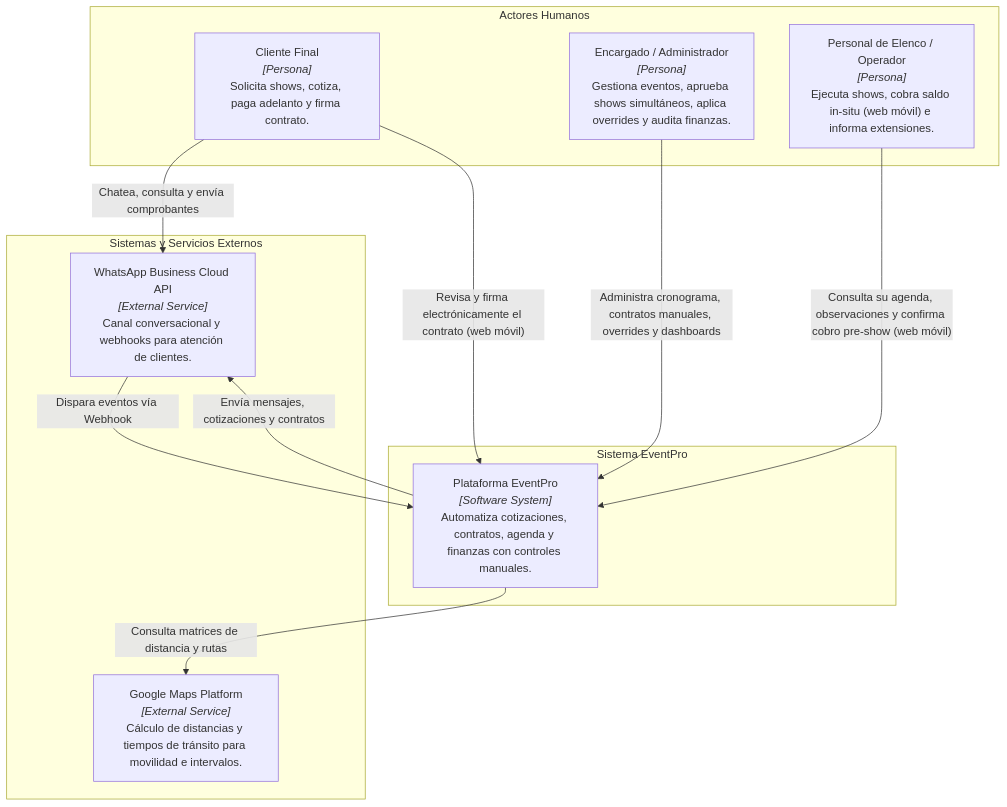
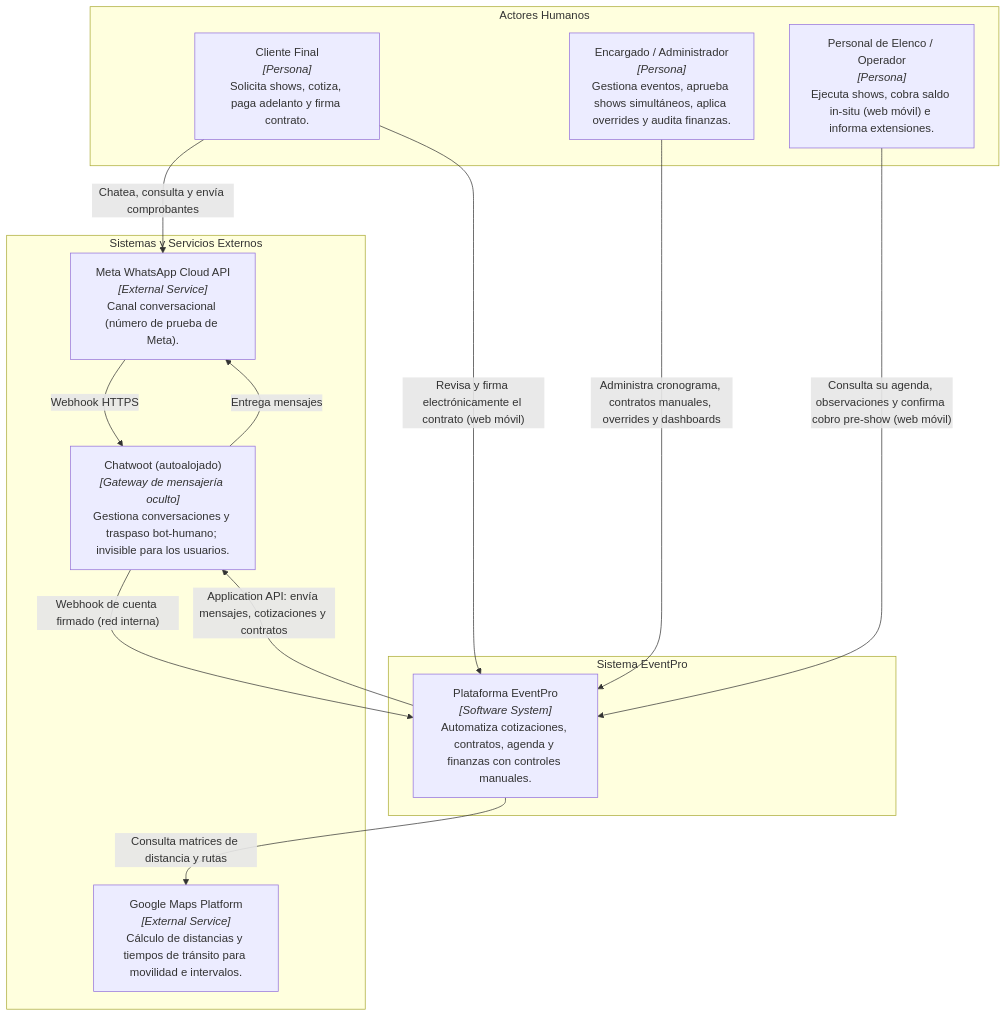
The first of 3 diagrams in Docs/02-arquitectura/01-diseno-arquitectonico-c4.md (MathiasTL/EventPro-backend), drawn with Mermaid before and after one commit. The commit also changed other lines of this file and 3 other files, not shown here.

Commit message:
docs: add ADR-10 and align architecture docs with Chatwoot gateway

````diff
--- a/Docs/02-arquitectura/01-diseno-arquitectonico-c4.md
+++ b/Docs/02-arquitectura/01-diseno-arquitectonico-c4.md
@@ -17,27 +17,30 @@
 ```mermaid
 flowchart TD
     subgraph Actores["Actores Humanos"]
         Cliente["Cliente Final<br/><i>[Persona]</i><br/>Solicita shows, cotiza, paga adelanto y firma contrato."]
         Encargado["Encargado / Administrador<br/><i>[Persona]</i><br/>Gestiona eventos, aprueba shows simultáneos, aplica overrides y audita finanzas."]
         Elenco["Personal de Elenco / Operador<br/><i>[Persona]</i><br/>Ejecuta shows, cobra saldo in-situ (web móvil) e informa extensiones."]
     end
 
     subgraph SistemaEventPro["Sistema EventPro"]
         EventProApp["Plataforma EventPro<br/><i>[Software System]</i><br/>Automatiza cotizaciones, contratos, agenda y finanzas con controles manuales."]
     end
 
     subgraph Externos["Sistemas y Servicios Externos"]
-        WhatsAppAPI["WhatsApp Business Cloud API<br/><i>[External Service]</i><br/>Canal conversacional y webhooks para atención de clientes."]
+        WhatsAppAPI["Meta WhatsApp Cloud API<br/><i>[External Service]</i><br/>Canal conversacional (número de prueba de Meta)."]
+        Chatwoot["Chatwoot (autoalojado)<br/><i>[Gateway de mensajería oculto]</i><br/>Gestiona conversaciones y traspaso bot-humano; invisible para los usuarios."]
         GoogleMaps["Google Maps Platform<br/><i>[External Service]</i><br/>Cálculo de distancias y tiempos de tránsito para movilidad e intervalos."]
     end
 
     Cliente -->|"Chatea, consulta y envía comprobantes"| WhatsAppAPI
-    WhatsAppAPI -->|"Dispara eventos vía Webhook"| EventProApp
-    EventProApp -->|"Envía mensajes, cotizaciones y contratos"| WhatsAppAPI
+    WhatsAppAPI -->|"Webhook HTTPS"| Chatwoot
+    Chatwoot -->|"Webhook de cuenta firmado (red interna)"| EventProApp
+    EventProApp -->|"Application API: envía mensajes, cotizaciones y contratos"| Chatwoot
+    Chatwoot -->|"Entrega mensajes"| WhatsAppAPI
 
     Cliente -->|"Revisa y firma electrónicamente el contrato (web móvil)"| EventProApp
     Encargado -->|"Administra cronograma, contratos manuales, overrides y dashboards"| EventProApp
     Elenco -->|"Consulta su agenda, observaciones y confirma cobro pre-show (web móvil)"| EventProApp
 
     EventProApp -->|"Consulta matrices de distancia y rutas"| GoogleMaps
 ```
````
